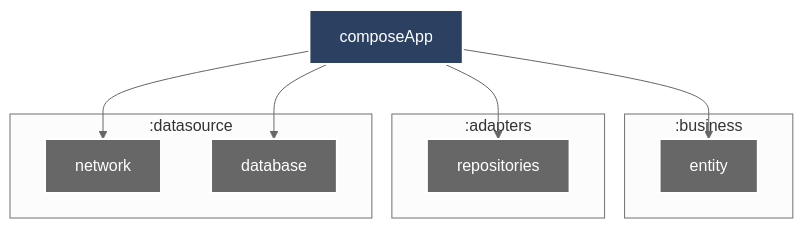
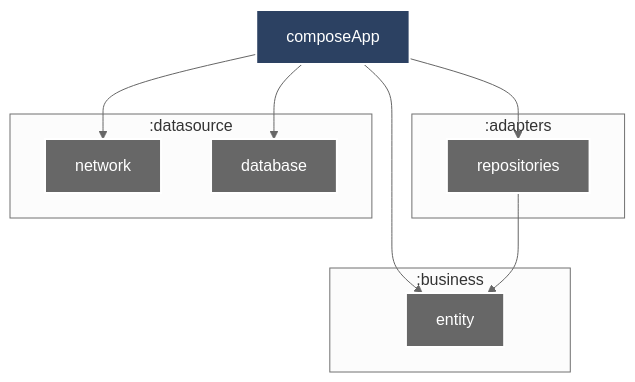
The diagram in MERMAID.md (enirsilvaferraz/Pokedex), drawn with Mermaid before and after one commit. The commit also changed other lines of this file, not shown here.

First line of the commit message:
Refactor: Consolidate and update Mermaid module graphs

````diff
--- a/MERMAID.md
+++ b/MERMAID.md
@@ -140,34 +3,35 @@
 ```mermaid
 %%{
   init: {
     'theme': 'neutral'
   }
 }%%
 
 graph TB
   :composeApp["composeApp"]
   subgraph :business
     :business:entity["entity"]
   end
   subgraph :adapters
     :adapters:repositories["repositories"]
   end
   subgraph :datasource
     :datasource:network["network"]
     :datasource:database["database"]
   end
 
   :composeApp --> :business:entity
   :composeApp --> :adapters:repositories
   :composeApp --> :datasource:network
   :composeApp --> :datasource:database
+  :adapters:repositories --> :business:entity 
 
 classDef android-application fill:#2C4162,stroke:#fff,stroke-width:2px,color:#fff;
 classDef unknown fill:#676767,stroke:#fff,stroke-width:2px,color:#fff;
 class :composeApp android-application
 class :business:entity unknown
 class :adapters:repositories unknown
 class :datasource:network unknown
 class :datasource:database unknown
 
 ```
````
